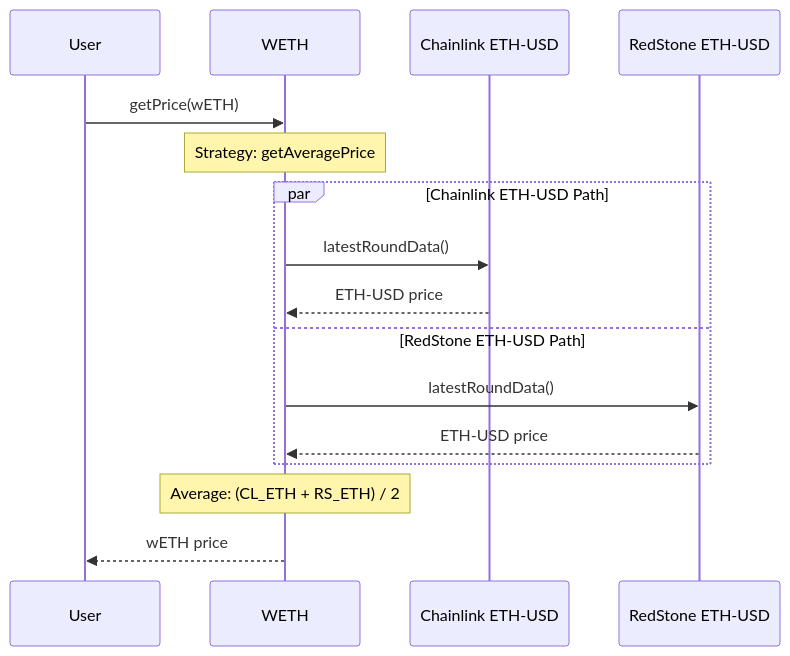
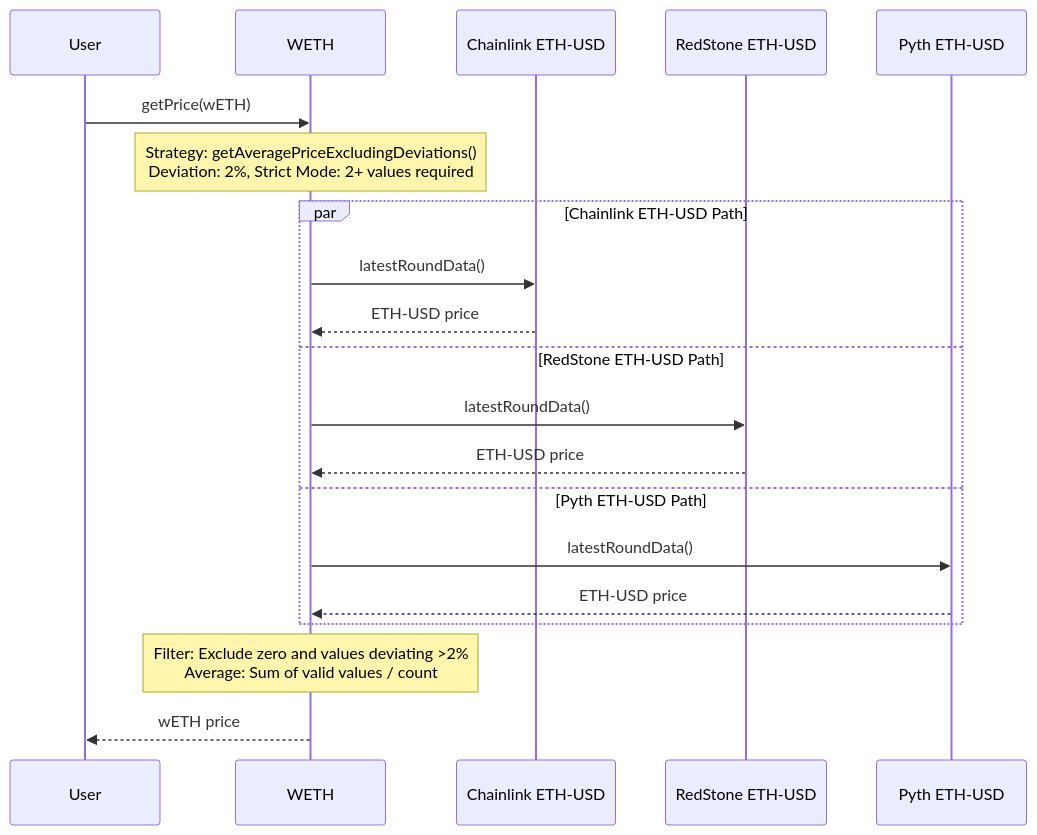
One commit to OlympusDAO/olympus-v3 changed the first of 3 diagrams in documentation/price.md. Above: the diagram before and after it, drawn with Mermaid. The commit also changed other lines of this file, not shown here.

Commit message:
docs: update configuration with Pyth price feeds and use of getAverageExcludingDeviations

````diff
--- a/documentation/price.md
+++ b/documentation/price.md
@@ -33,22 +41,26 @@
 ```mermaid
 sequenceDiagram
     participant User
     participant WETH
     participant CL_ETH as Chainlink ETH-USD
     participant RS_ETH as RedStone ETH-USD
+    participant Pyth_ETH as Pyth ETH-USD
 
     User->>WETH: getPrice(wETH)
 
-    Note over WETH: Strategy: getAveragePrice
+    Note over WETH: Strategy: getAveragePriceExcludingDeviations()<br/>Deviation: 2%, Strict Mode: 2+ values required
 
     par Chainlink ETH-USD Path
         WETH->>CL_ETH: latestRoundData()
         CL_ETH-->>WETH: ETH-USD price
     and RedStone ETH-USD Path
         WETH->>RS_ETH: latestRoundData()
         RS_ETH-->>WETH: ETH-USD price
+    and Pyth ETH-USD Path
+        WETH->>Pyth_ETH: latestRoundData()
+        Pyth_ETH-->>WETH: ETH-USD price
     end
 
-    Note over WETH: Average: (CL_ETH + RS_ETH) / 2
+    Note over WETH: Filter: Exclude zero and values deviating >2%<br/>Average: Sum of valid values / count
     WETH-->>User: wETH price
 ```
````
